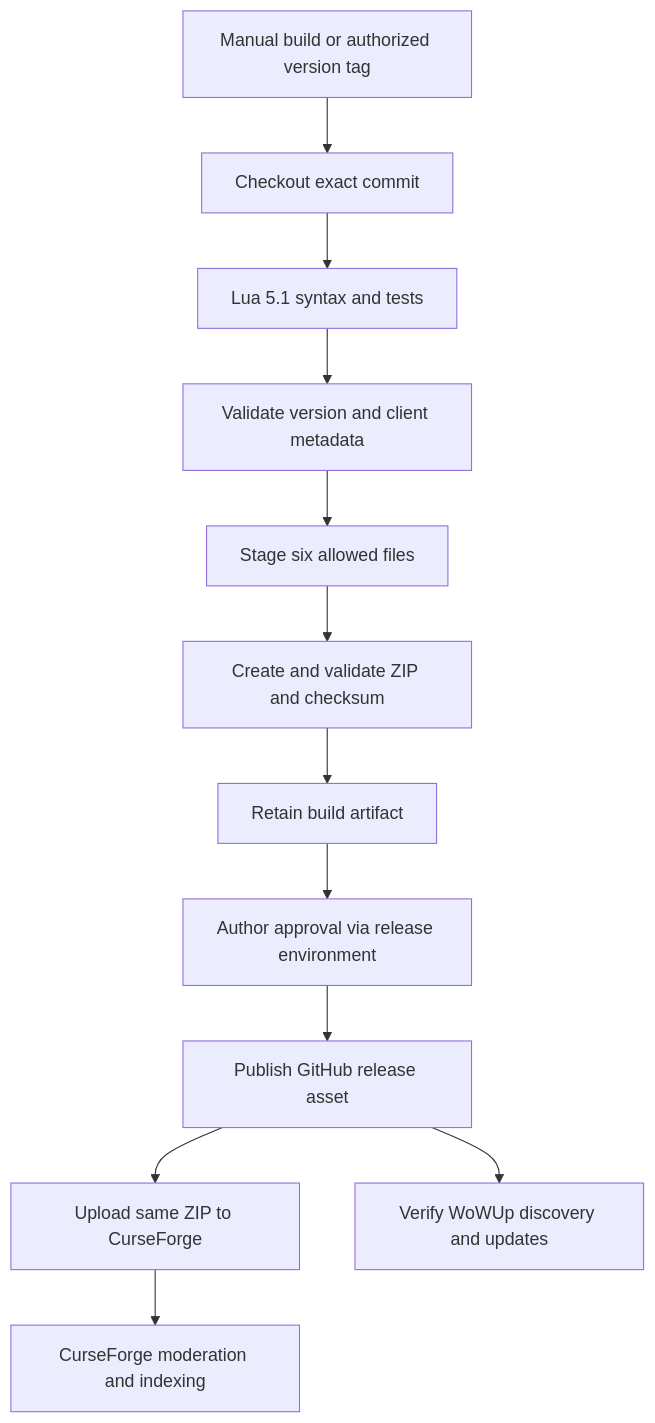
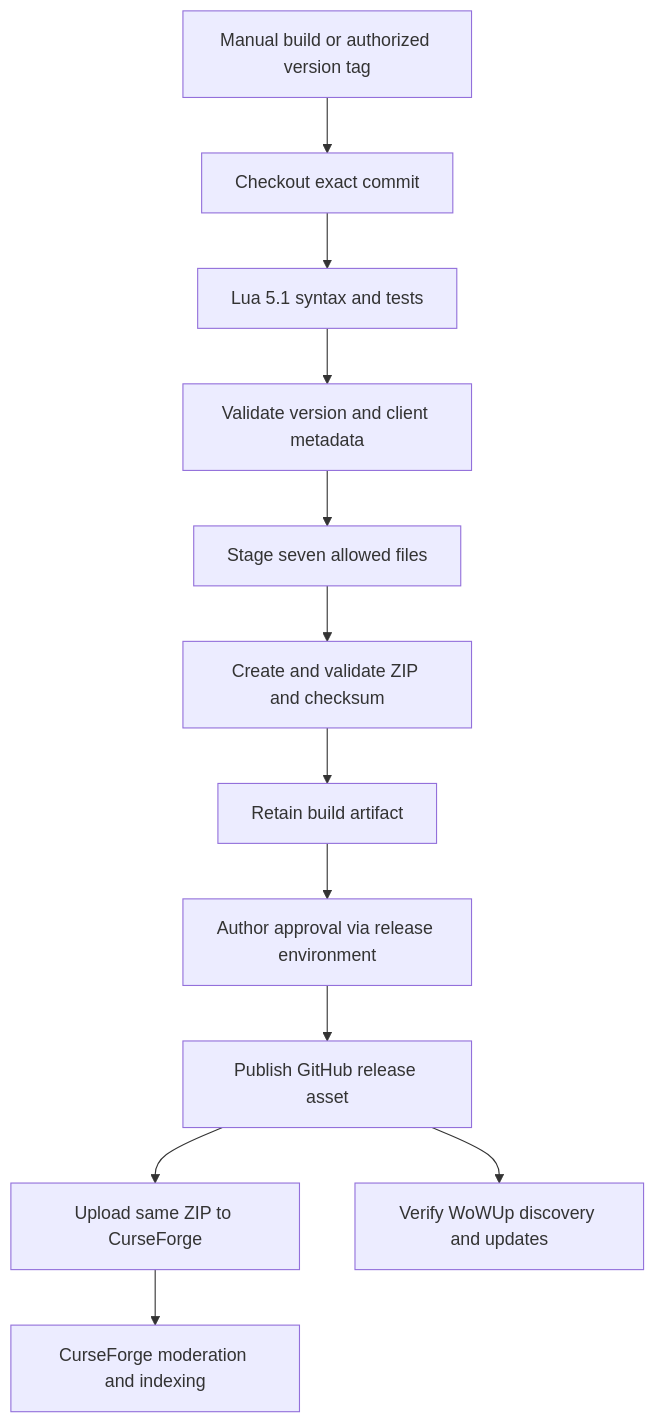
The diagram in docs/RELEASE_PLAN.md (jbedworth/WeaponSetsForever), drawn with Mermaid before and after one commit. The commit also changed other lines of this file and 14 other files, not shown here.

````diff
--- a/docs/RELEASE_PLAN.md
+++ b/docs/RELEASE_PLAN.md
@@ -12,14 +12,14 @@
 ```mermaid
 flowchart TD
     A[Manual build or authorized version tag] --> B[Checkout exact commit]
     B --> C[Lua 5.1 syntax and tests]
     C --> D[Validate version and client metadata]
-    D --> E[Stage six allowed files]
+    D --> E[Stage seven allowed files]
     E --> F[Create and validate ZIP and checksum]
     F --> G[Retain build artifact]
     G --> H[Author approval via release environment]
     H --> I[Publish GitHub release asset]
     I --> J[Upload same ZIP to CurseForge]
     J --> K[CurseForge moderation and indexing]
     I --> L[Verify WoWUp discovery and updates]
 ```
````
